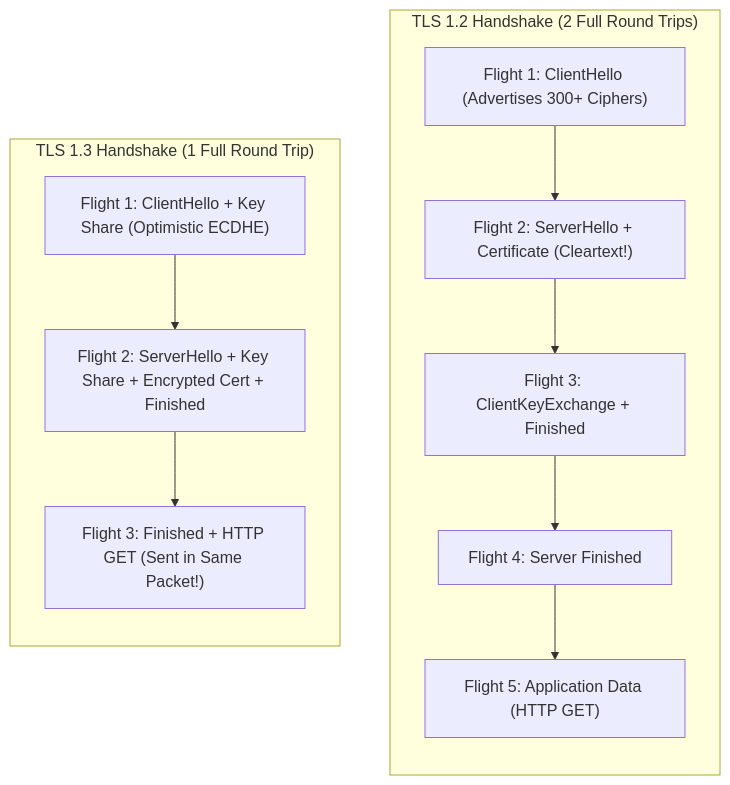
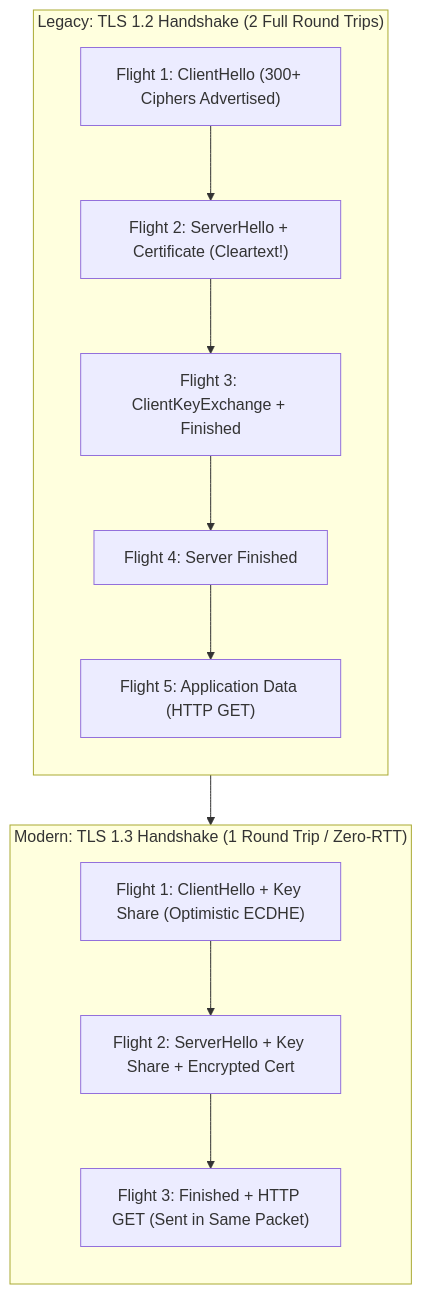
One commit to naimurhasan/naimurhasan.github.io changed the diagram in _posts/2026-11-24-tls-1-2-vs-tls-1-3.md. Above: the diagram before and after it, drawn with Mermaid. The commit also changed 28 other files, not shown here.

Commit message:
fix(blog): refactor all Mermaid diagrams to vertical legible layouts and restore in-body illustrations

````diff
--- a/_posts/2026-11-24-tls-1-2-vs-tls-1-3.md
+++ b/_posts/2026-11-24-tls-1-2-vs-tls-1-3.md
@@ -165,15 +167,15 @@
 ```mermaid
 flowchart TD
-  subgraph TLS12 ["TLS 1.2 Handshake (2 Full Round Trips)"]
+  subgraph T12 ["Legacy: TLS 1.2 Handshake (2 Full Round Trips)"]
     direction TB
-    A1["Flight 1: ClientHello (Advertises 300+ Ciphers)"] --> B1["Flight 2: ServerHello + Certificate (Cleartext!)"]
+    A1["Flight 1: ClientHello (300+ Ciphers Advertised)"] --> B1["Flight 2: ServerHello + Certificate (Cleartext!)"]
     B1 --> A2["Flight 3: ClientKeyExchange + Finished"] --> B2["Flight 4: Server Finished"]
     B2 --> Data1["Flight 5: Application Data (HTTP GET)"]
   end
-
-  subgraph TLS13 ["TLS 1.3 Handshake (1 Full Round Trip)"]
+  subgraph T13 ["Modern: TLS 1.3 Handshake (1 Round Trip / Zero-RTT)"]
     direction TB
-    C1["Flight 1: ClientHello + Key Share (Optimistic ECDHE)"] --> D1["Flight 2: ServerHello + Key Share + Encrypted Cert + Finished"]
-    D1 --> Data2["Flight 3: Finished + HTTP GET (Sent in Same Packet!)"]
+    C1["Flight 1: ClientHello + Key Share (Optimistic ECDHE)"] --> D1["Flight 2: ServerHello + Key Share + Encrypted Cert"]
+    D1 --> Data2["Flight 3: Finished + HTTP GET (Sent in Same Packet)"]
   end
+  T12 --> T13
 ```
````
